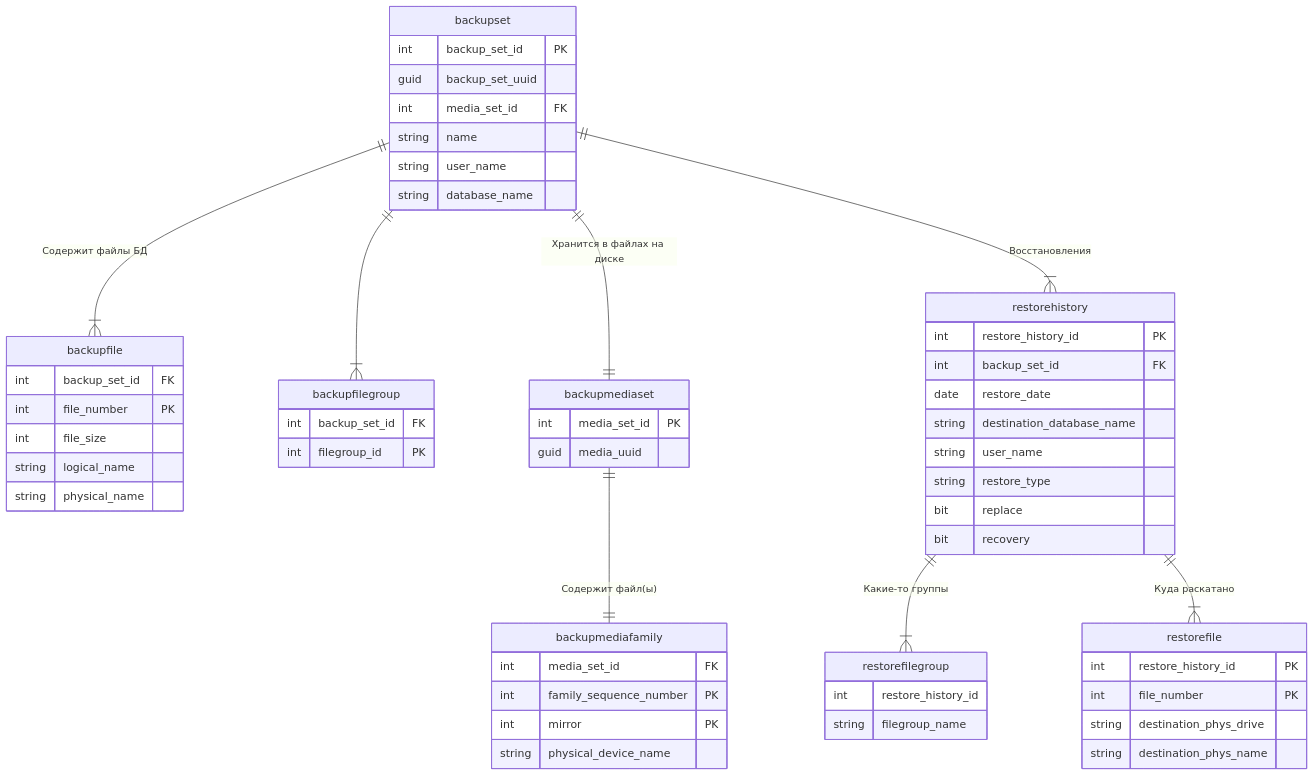
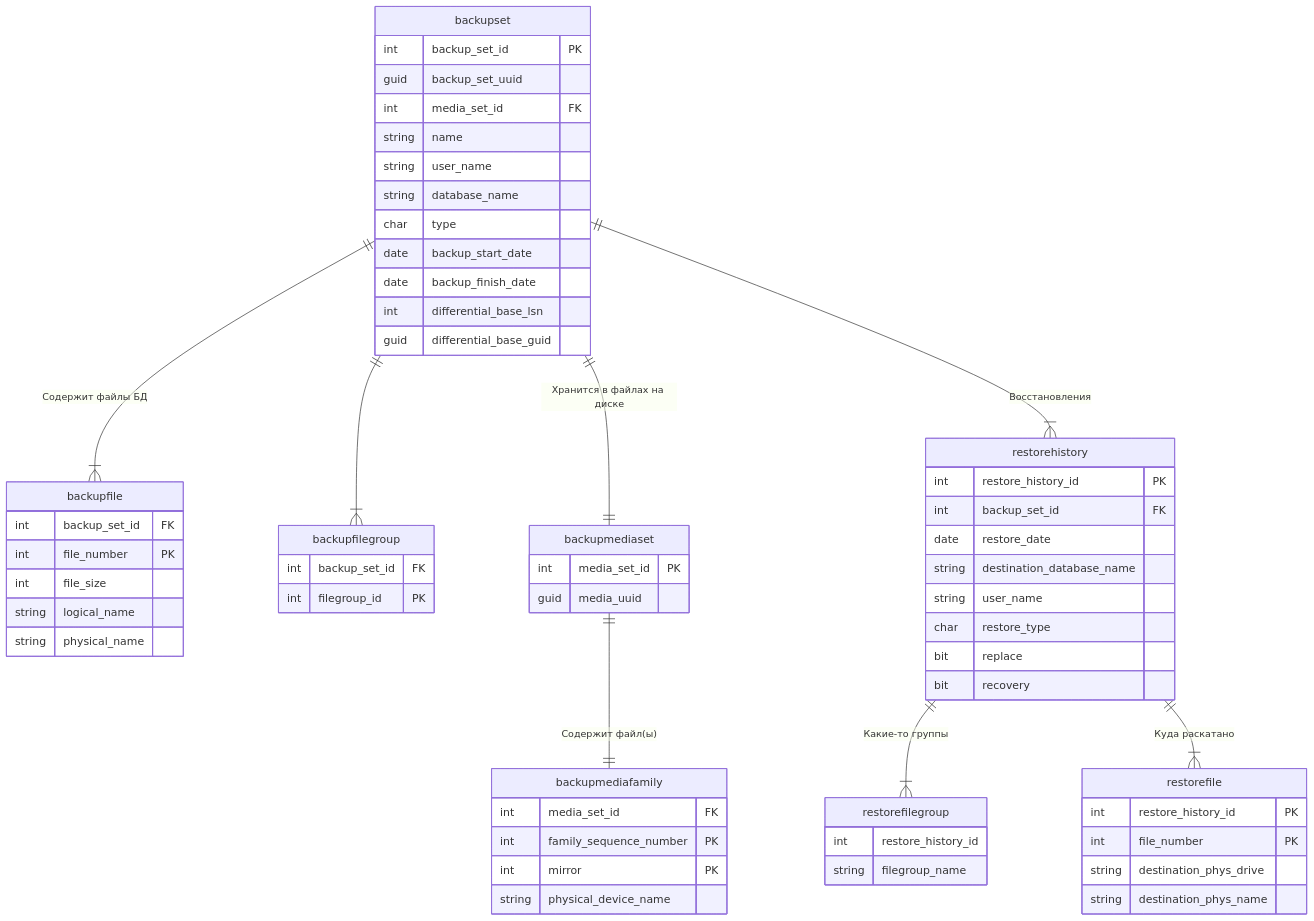
One commit to ukoloff/posh-sandbox changed the diagram in mssql/replicate.bak/readme.md. Above: the diagram before and after it, drawn with Mermaid.

Commit message:
Add some columns

````diff
--- a/mssql/replicate.bak/readme.md
+++ b/mssql/replicate.bak/readme.md
@@ -9,59 +9,64 @@
 ```mermaid
 erDiagram
 backupfile {
   int backup_set_id FK
   int file_number PK
   int file_size
   string logical_name
   string physical_name
 }
 backupfilegroup {
   int backup_set_id FK
   int filegroup_id PK
 }
 backupset {
   int backup_set_id PK
   guid backup_set_uuid
   int media_set_id FK
   string name
   string user_name
   string database_name
+  char type
+  date backup_start_date
+  date backup_finish_date
+  int differential_base_lsn
+  guid differential_base_guid
 }
 backupmediaset {
   int media_set_id PK
   guid media_uuid
 }
 backupmediafamily {
   int media_set_id FK
   int family_sequence_number PK
   int mirror PK
   string physical_device_name
 }
 restorehistory {
   int restore_history_id PK
   int backup_set_id FK
   date restore_date
   string destination_database_name
   string user_name
-  string restore_type
+  char restore_type
   bit replace
   bit recovery
 }
 restorefilegroup {
   int restore_history_id
   string filegroup_name
 }
 restorefile {
   int restore_history_id PK
   int file_number PK
   string destination_phys_drive
   string destination_phys_name
 }
 backupset ||--|{ backupfilegroup : ""
 backupset ||--|{ backupfile : "Содержит файлы БД"
 backupset ||--|| backupmediaset : "Хранится в файлах на диске"
 backupmediaset ||--|| backupmediafamily : "Содержит файл(ы)"
 backupset ||--|{ restorehistory : "Восстановления"
 restorehistory ||--|{ restorefilegroup : "Какие-то группы"
 restorehistory ||--|{ restorefile : "Куда раскатано"
 ```
````
